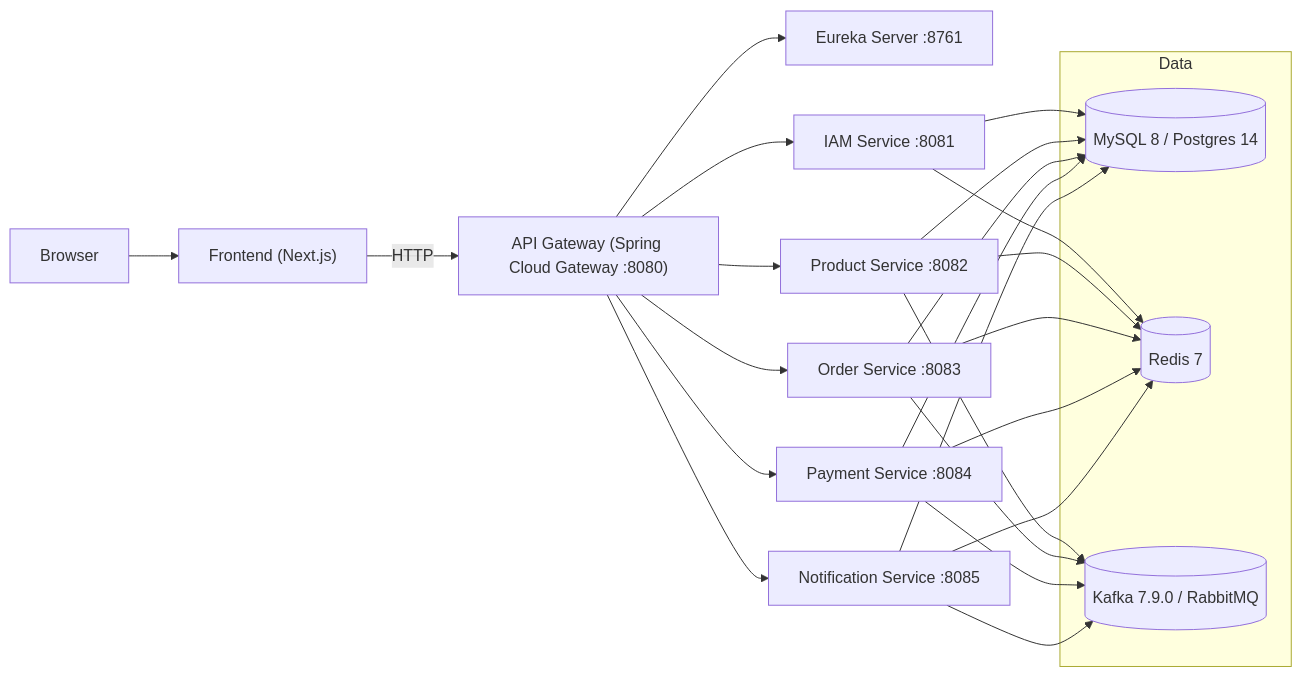
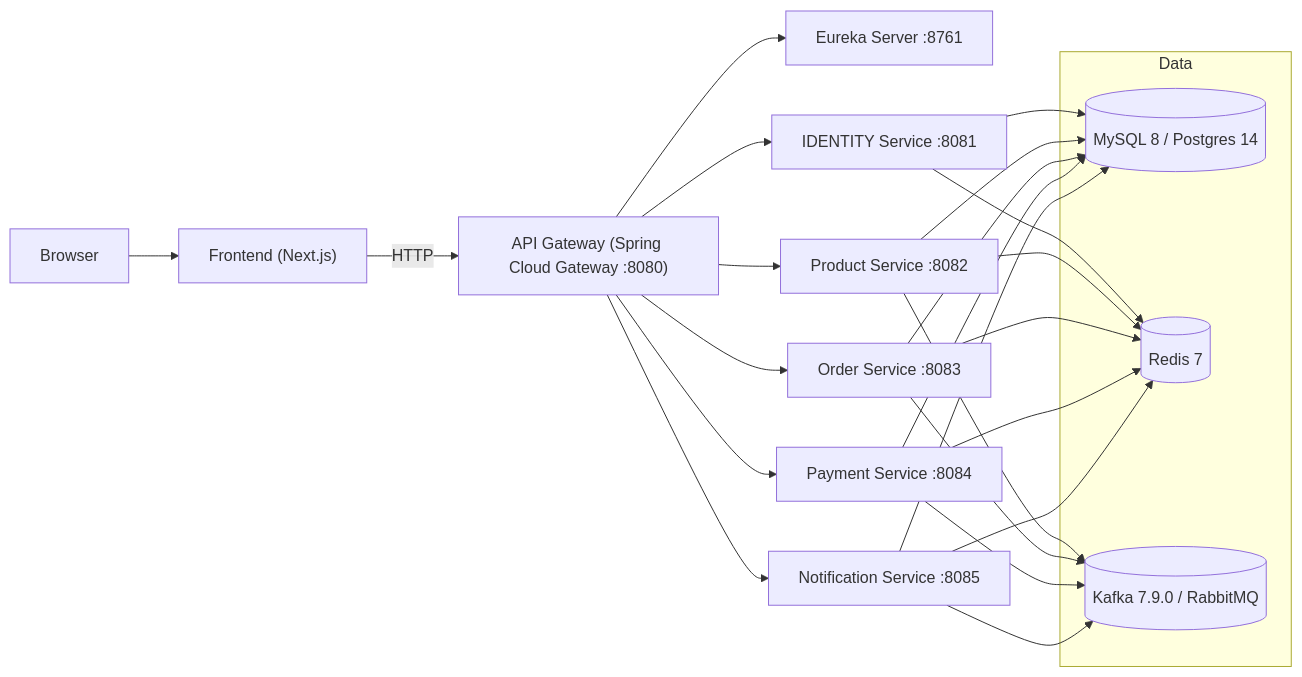
The first of 2 diagrams in README.md (atlashk/atlas), drawn with Mermaid before and after one commit. The commit also changed other lines of this file and 927 other files, not shown here.

````diff
--- a/README.md
+++ b/README.md
@@ -47,35 +47,35 @@
 ```mermaid
 flowchart LR
   U[Browser] --> FE["Frontend (Next.js)"]
   FE -->|HTTP| GW["API Gateway (Spring Cloud Gateway :8080)"]
 
   GW --> DS[Eureka Server :8761]
-  GW --> IAM[IAM Service :8081]
+  GW --> IDENTITY[IDENTITY Service :8081]
   GW --> PRD[Product Service :8082]
   GW --> ORD[Order Service :8083]
   GW --> PAY[Payment Service :8084]
   GW --> NOTIF[Notification Service :8085]
 
   subgraph Data
     DB[(MySQL 8 / Postgres 14)]
     CACHE[(Redis 7)]
     MQ[(Kafka 7.9.0 / RabbitMQ)]
   end
 
-  IAM --> DB
+  IDENTITY --> DB
   PRD --> DB
   ORD --> DB
   PAY --> DB
   NOTIF --> DB
 
-  IAM --> CACHE
+  IDENTITY --> CACHE
   PRD --> CACHE
   ORD --> CACHE
   PAY --> CACHE
   NOTIF --> CACHE
 
   PRD --> MQ
   ORD --> MQ
   PAY --> MQ
   NOTIF --> MQ
 ```
````
